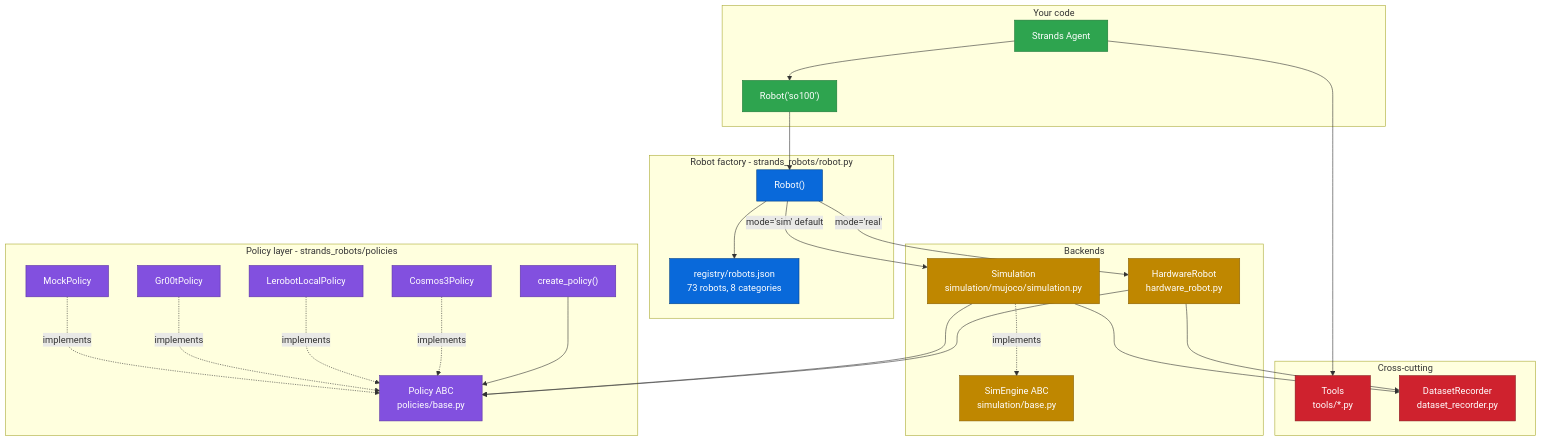
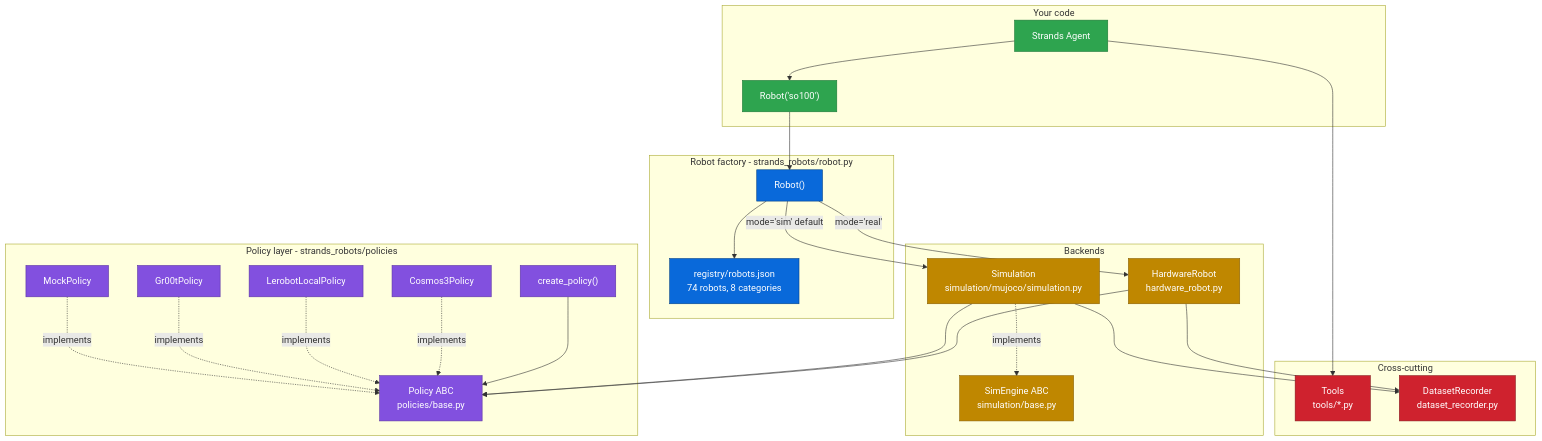
One commit to Stars1233/robots changed the diagram in docs/architecture.md. Above: the diagram before and after it, drawn with Mermaid. The commit also changed other lines of this file and 8 other files, not shown here.

````diff
--- a/docs/architecture.md
+++ b/docs/architecture.md
@@ -11,63 +11,63 @@
 ```mermaid
 graph TB
     subgraph user[Your code]
         AGENT["Strands Agent"]
         FACTORY["Robot('so100')"]
     end
 
     subgraph factory_layer[Robot factory  -  strands_robots/robot.py]
         ROBOT["Robot()"]
-        REGISTRY["registry/robots.json<br/>73 robots, 8 categories"]
+        REGISTRY["registry/robots.json<br/>74 robots, 8 categories"]
         ROBOT --> REGISTRY
     end
 
     subgraph backends[Backends]
         SIM["Simulation<br/>simulation/mujoco/simulation.py"]
         HW["HardwareRobot<br/>hardware_robot.py"]
         SIM_ABC["SimEngine ABC<br/>simulation/base.py"]
         SIM -.implements.-> SIM_ABC
     end
 
     subgraph policies[Policy layer  -  strands_robots/policies]
         POLICY_ABC["Policy ABC<br/>policies/base.py"]
         MOCK["MockPolicy"]
         GROOT["Gr00tPolicy"]
         LEROBOT["LerobotLocalPolicy"]
         COSMOS3["Cosmos3Policy"]
         FACTORY_FN["create_policy()"]
         MOCK -.implements.-> POLICY_ABC
         GROOT -.implements.-> POLICY_ABC
         LEROBOT -.implements.-> POLICY_ABC
         COSMOS3 -.implements.-> POLICY_ABC
         FACTORY_FN --> POLICY_ABC
     end
 
     subgraph extras[Cross-cutting]
         TOOLS["Tools<br/>tools/*.py"]
         RECORDER["DatasetRecorder<br/>dataset_recorder.py"]
     end
 
     AGENT --> FACTORY
     FACTORY --> ROBOT
     ROBOT -->|mode='sim' default| SIM
     ROBOT -->|mode='real'| HW
 
     SIM --> POLICY_ABC
     HW --> POLICY_ABC
     SIM --> RECORDER
     HW --> RECORDER
 
     AGENT --> TOOLS
 
     classDef user fill:#2ea44f,stroke:#1b7735,color:#fff
     classDef factory fill:#0969da,stroke:#044289,color:#fff
     classDef backend fill:#bf8700,stroke:#875e00,color:#fff
     classDef policy fill:#8250df,stroke:#5a32a3,color:#fff
     classDef cross fill:#cf222e,stroke:#86181d,color:#fff
 
     class AGENT,FACTORY user
     class ROBOT,REGISTRY factory
     class SIM,HW,SIM_ABC backend
     class POLICY_ABC,MOCK,GROOT,LEROBOT,COSMOS3,FACTORY_FN policy
     class TOOLS,RECORDER cross
 ```
````
